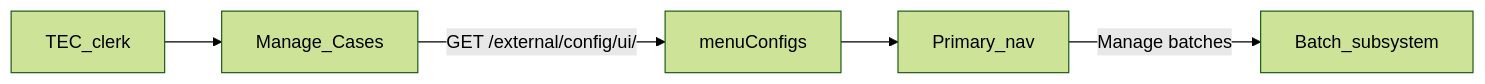
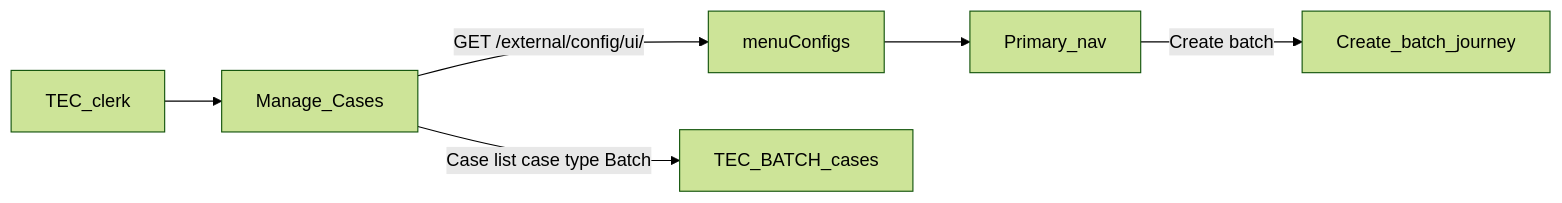
The diagram in docs/exui-manage-batches-plan.md (gonogo/tec-poc), drawn with Mermaid (forest theme) before and after one commit. The commit also changed other lines of this file and 33 other files, not shown here.

First line of the commit message:
Add TEC_BATCH case type for browsing batches in Manage Cases.

````diff
--- a/docs/exui-manage-batches-plan.md
+++ b/docs/exui-manage-batches-plan.md
@@ -18,7 +21,8 @@
 ```mermaid
 flowchart LR
   user[TEC_clerk] --> xui[Manage_Cases]
   xui -->|"GET /external/config/ui/"| menu[menuConfigs]
   menu --> nav[Primary_nav]
-  nav -->|"Manage batches"| batches[Batch_subsystem]
+  nav -->|"Create batch"| create[Create_batch_journey]
+  xui -->|"Case list case type Batch"| batches[TEC_BATCH_cases]
 ```
````
